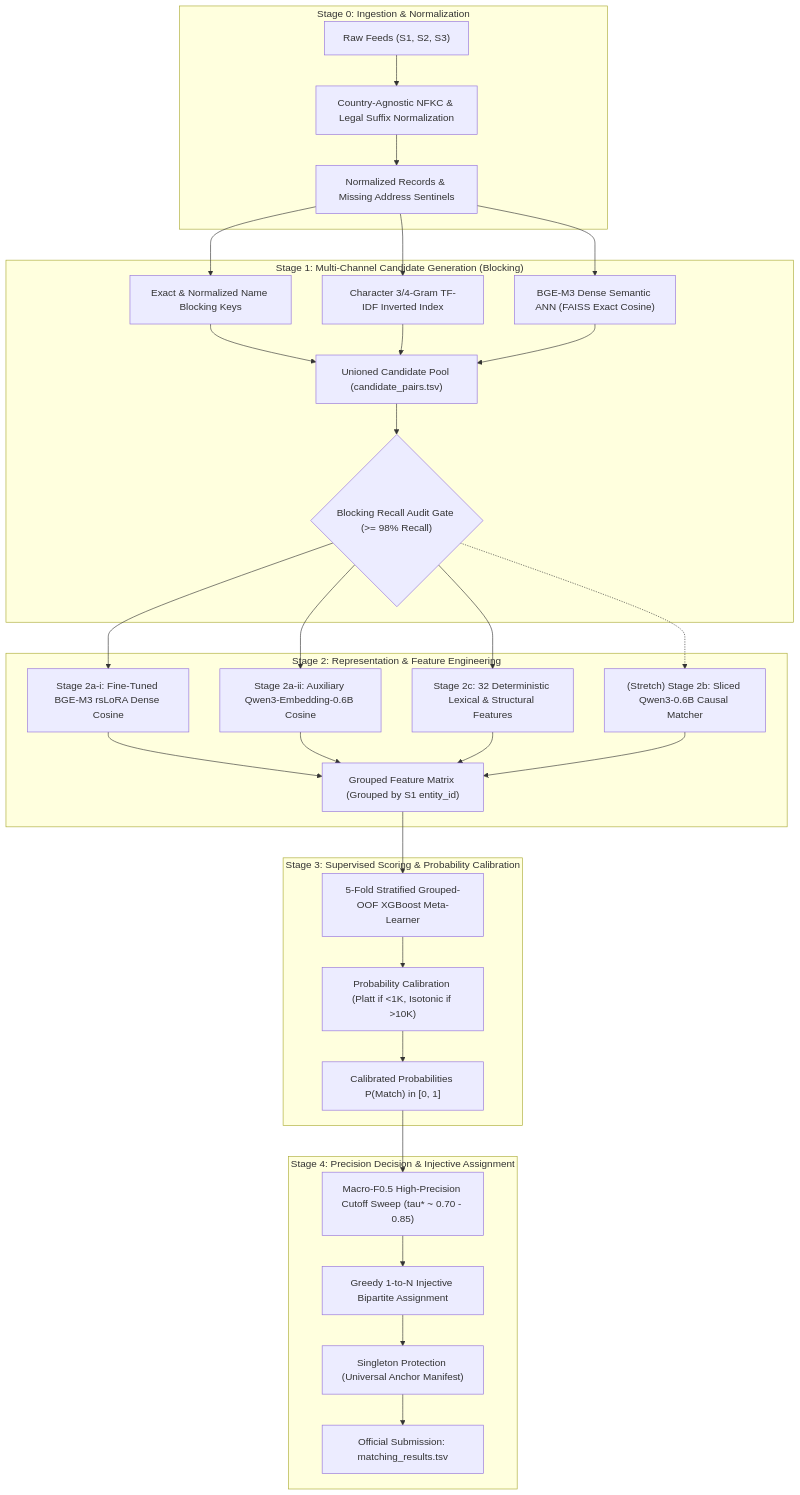
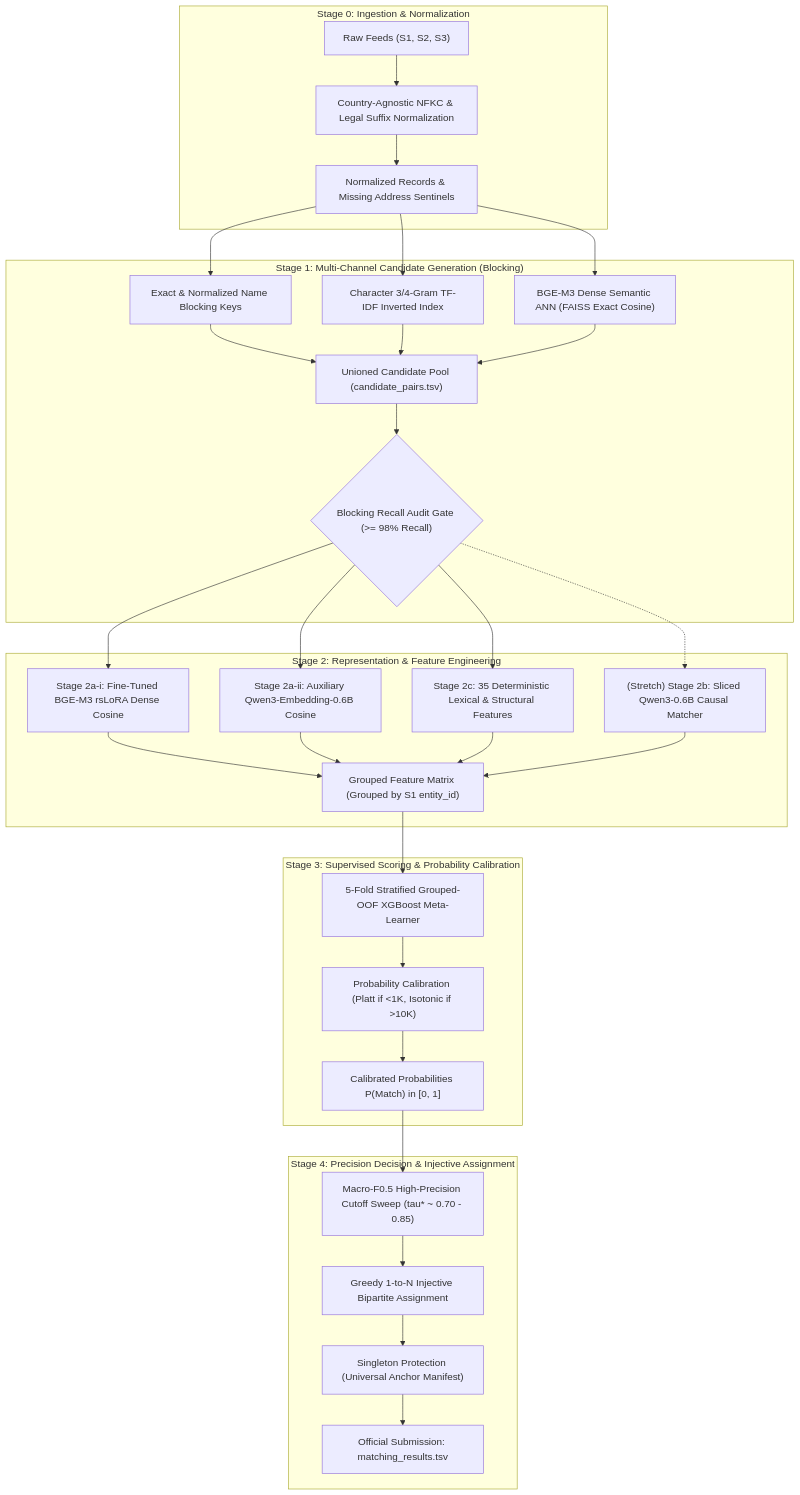
One commit to priyanshu-ogdev/AmazonMLChallenge2026 changed the diagram in docs/README.md. Above: the diagram before and after it, drawn with Mermaid. The commit also changed other lines of this file and 11 other files, not shown here.

Commit message:
docs: synchronize all architecture, stage specifications, and CLI references with verified codebase

````diff
--- a/docs/README.md
+++ b/docs/README.md
@@ -12,36 +12,36 @@
 ```mermaid
 flowchart TD
     subgraph S0["Stage 0: Ingestion & Normalization"]
         R1["Raw Feeds (S1, S2, S3)"] --> N0["Country-Agnostic NFKC & Legal Suffix Normalization"]
         N0 --> D0["Normalized Records & Missing Address Sentinels"]
     end
 
     subgraph S1["Stage 1: Multi-Channel Candidate Generation (Blocking)"]
         D0 --> B1["Exact & Normalized Name Blocking Keys"]
         D0 --> B2["Character 3/4-Gram TF-IDF Inverted Index"]
         D0 --> B3["BGE-M3 Dense Semantic ANN (FAISS Exact Cosine)"]
         B1 & B2 & B3 --> U1["Unioned Candidate Pool (candidate_pairs.tsv)"]
         U1 --> G1{"Blocking Recall Audit Gate (>= 98% Recall)"}
     end
 
     subgraph S2["Stage 2: Representation & Feature Engineering"]
         G1 --> F1["Stage 2a-i: Fine-Tuned BGE-M3 rsLoRA Dense Cosine"]
         G1 --> F2["Stage 2a-ii: Auxiliary Qwen3-Embedding-0.6B Cosine"]
-        G1 --> F3["Stage 2c: 32 Deterministic Lexical & Structural Features"]
+        G1 --> F3["Stage 2c: 35 Deterministic Lexical & Structural Features"]
         G1 -.-> F4["(Stretch) Stage 2b: Sliced Qwen3-0.6B Causal Matcher"]
         F1 & F2 & F3 & F4 --> M2["Grouped Feature Matrix (Grouped by S1 entity_id)"]
     end
 
     subgraph S3["Stage 3: Supervised Scoring & Probability Calibration"]
         M2 --> G3["5-Fold Stratified Grouped-OOF XGBoost Meta-Learner"]
         G3 --> C3["Probability Calibration (Platt if <1K, Isotonic if >10K)"]
         C3 --> P3["Calibrated Probabilities P(Match) in [0, 1]"]
     end
 
     subgraph S4["Stage 4: Precision Decision & Injective Assignment"]
         P3 --> T4["Macro-F0.5 High-Precision Cutoff Sweep (tau* ~ 0.70 - 0.85)"]
         T4 --> I4["Greedy 1-to-N Injective Bipartite Assignment"]
         I4 --> S4_OUT["Singleton Protection (Universal Anchor Manifest)"]
         S4_OUT --> O4["Official Submission: matching_results.tsv"]
     end
 ```
````
